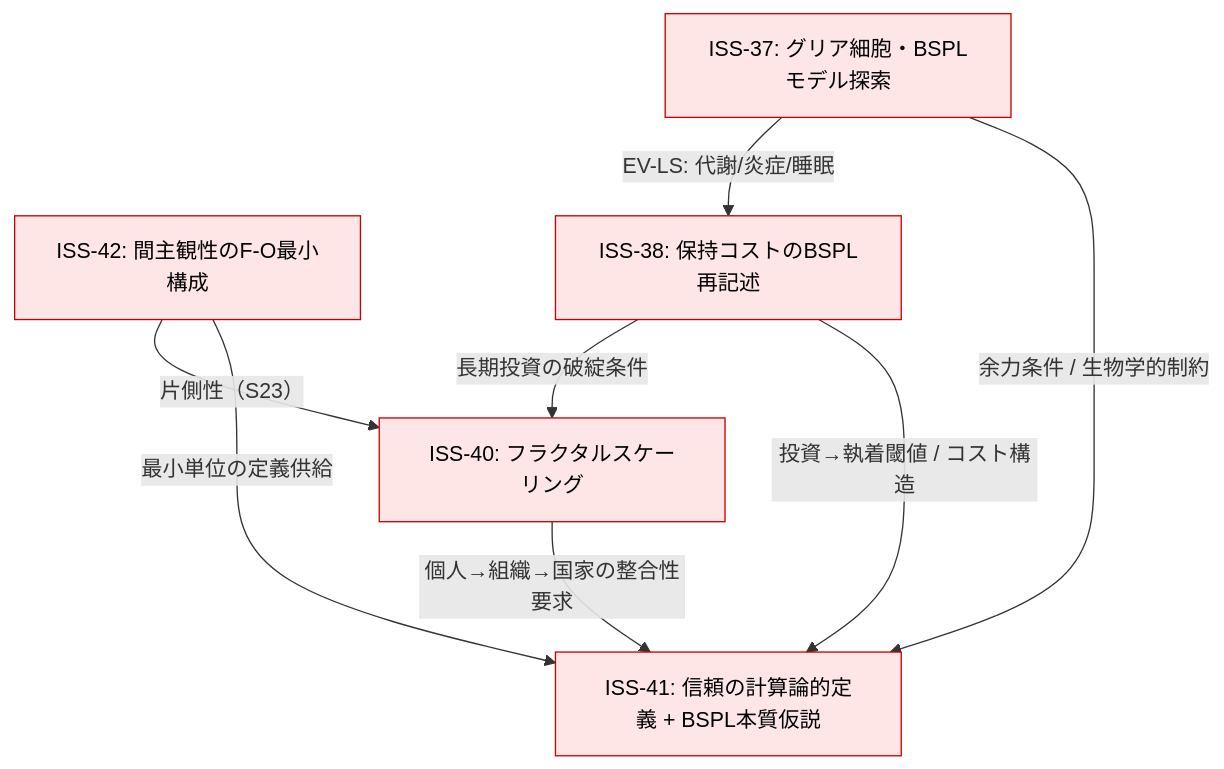
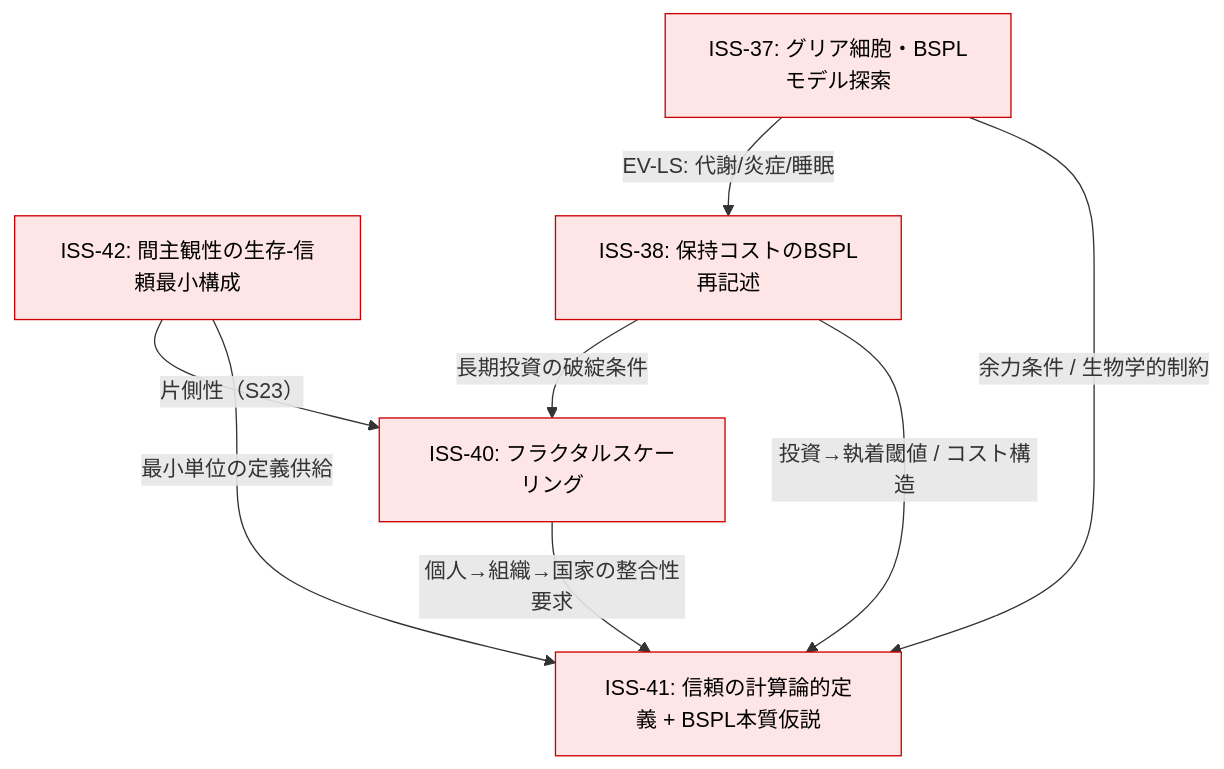
Before and after one commit to uminomae/creation-space: the diagram in evidence/archive/kdt-codex/output/PLAN-task5-trust-model.md, drawn with Mermaid. The commit also changed other lines of this file and 62 other files, not shown here.

````diff
--- a/evidence/archive/kdt-codex/output/PLAN-task5-trust-model.md
+++ b/evidence/archive/kdt-codex/output/PLAN-task5-trust-model.md
@@ -59,19 +59,19 @@
 ```mermaid
 graph TD
   ISS41["ISS-41: 信頼の計算論的定義 + BSPL本質仮説"]:::hot
-  ISS42["ISS-42: 間主観性のF-O最小構成"]:::hot
+  ISS42["ISS-42: 間主観性の生存-信頼最小構成"]:::hot
   ISS38["ISS-38: 保持コストのBSPL再記述"]:::hot
   ISS37["ISS-37: グリア細胞・BSPLモデル探索"]:::hot
   ISS40["ISS-40: フラクタルスケーリング"]:::hot
 
   ISS42 -->|最小単位の定義供給| ISS41
   ISS38 -->|投資→執着閾値 / コスト構造| ISS41
   ISS37 -->|余力条件 / 生物学的制約| ISS41
   ISS40 -->|個人→組織→国家の整合性要求| ISS41
 
   ISS37 -->|EV-LS: 代謝/炎症/睡眠| ISS38
   ISS42 -->|片側性（S23）| ISS40
   ISS38 -->|長期投資の破綻条件| ISS40
 
   classDef hot fill:#ffe6e6,stroke:#cc0000,color:#000,stroke-width:1px;
 ```
````
